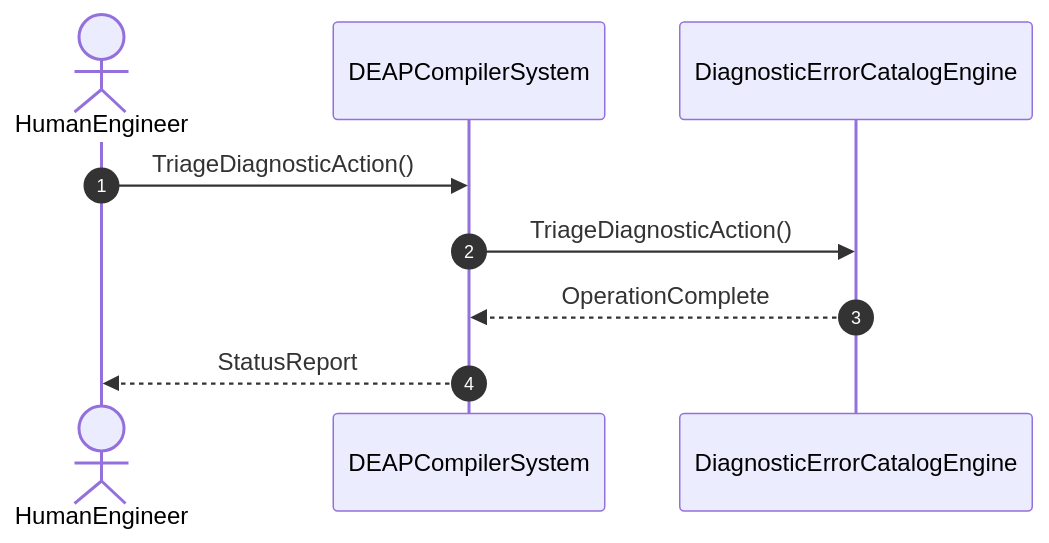
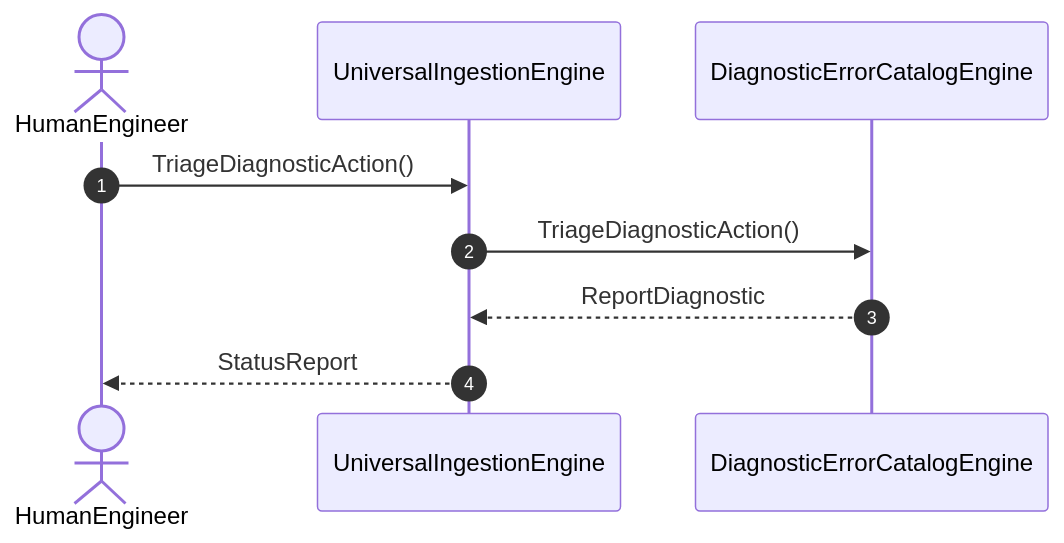
The diagram in docs/user-stories/US-11-TriageDiagnosticAction.md (gintatkinson/dumpiler-01), drawn with Mermaid before and after one commit. The commit also changed other lines of this file and 45 other files, not shown here.

````diff
--- a/docs/user-stories/US-11-TriageDiagnosticAction.md
+++ b/docs/user-stories/US-11-TriageDiagnosticAction.md
@@ -16,11 +16,11 @@
 ```mermaid
 sequenceDiagram
     autonumber
     actor HumanEngineer
-    participant DEAPCompilerSystem
+    participant UniversalIngestionEngine
     participant DiagnosticErrorCatalogEngine
-    HumanEngineer->>DEAPCompilerSystem: TriageDiagnosticAction()
-    DEAPCompilerSystem->>DiagnosticErrorCatalogEngine: TriageDiagnosticAction()
-    DiagnosticErrorCatalogEngine-->>DEAPCompilerSystem: OperationComplete
-    DEAPCompilerSystem-->>HumanEngineer: StatusReport
+    HumanEngineer->>UniversalIngestionEngine: TriageDiagnosticAction()
+    UniversalIngestionEngine->>DiagnosticErrorCatalogEngine: TriageDiagnosticAction()
+    DiagnosticErrorCatalogEngine-->>UniversalIngestionEngine: ReportDiagnostic
+    UniversalIngestionEngine-->>HumanEngineer: StatusReport
 ```
````
